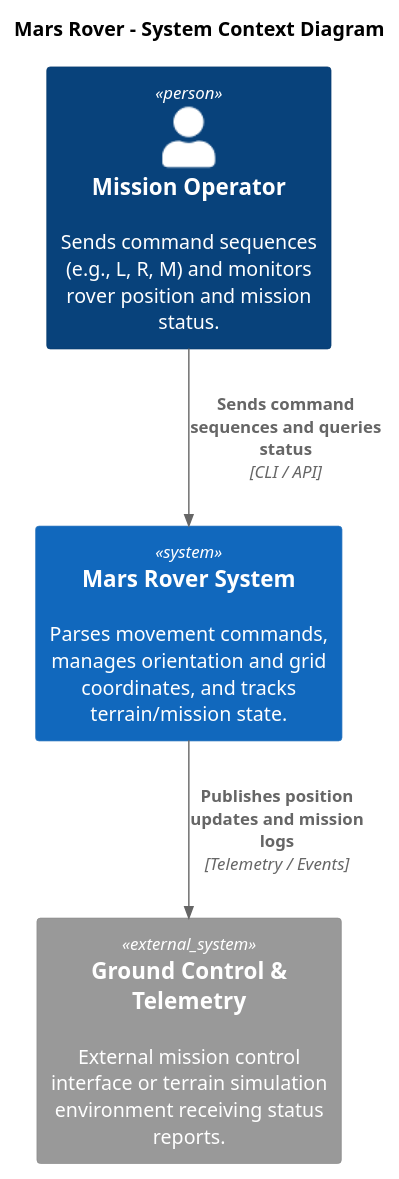
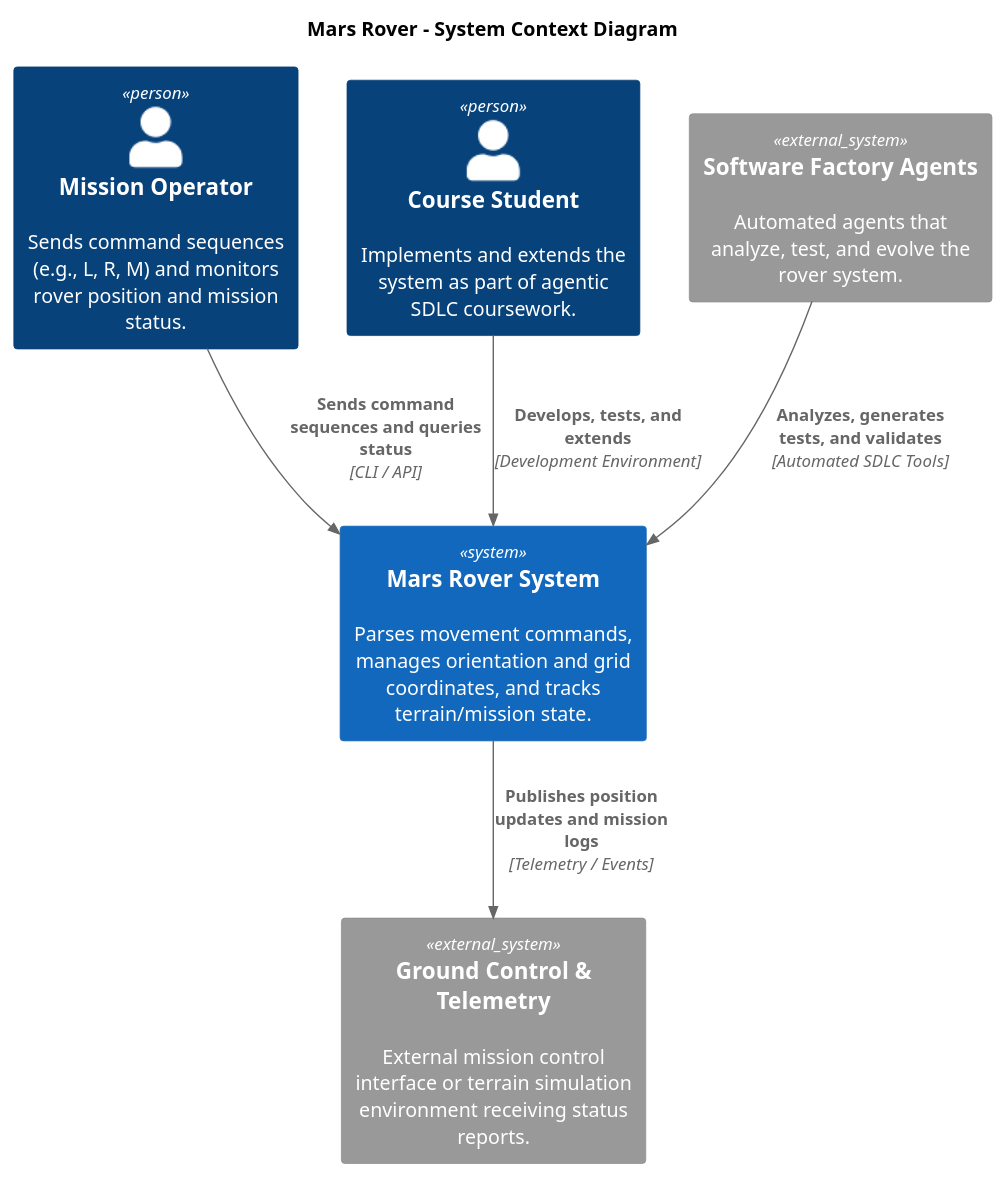
Before and after one commit to Tornado200/agentic-sdlc-nemanja-vucic: the diagram in architecture/diagrams/c4-context.puml, drawn with PlantUML. The commit also changed 6 other files, not shown here.

Commit message:
#4 docs(architecture): add chapters 1-3 and extend context diagram

```diff
--- a/architecture/diagrams/c4-context.puml
+++ b/architecture/diagrams/c4-context.puml
@@ -1,13 +1,17 @@
 @startuml c4-context
 !include https://raw.githubusercontent.com/plantuml-stdlib/C4-PlantUML/master/C4_Context.puml
 
 title Mars Rover - System Context Diagram
 
 Person(operator, "Mission Operator", "Sends command sequences (e.g., L, R, M) and monitors rover position and mission status.")
+Person(student, "Course Student", "Implements and extends the system as part of agentic SDLC coursework.")
 System(mars_rover, "Mars Rover System", "Parses movement commands, manages orientation and grid coordinates, and tracks terrain/mission state.")
 System_Ext(telemetry_sim, "Ground Control & Telemetry", "External mission control interface or terrain simulation environment receiving status reports.")
+System_Ext(software_factory, "Software Factory Agents", "Automated agents that analyze, test, and evolve the rover system.")
 
 Rel(operator, mars_rover, "Sends command sequences and queries status", "CLI / API")
 Rel(mars_rover, telemetry_sim, "Publishes position updates and mission logs", "Telemetry / Events")
+Rel(student, mars_rover, "Develops, tests, and extends", "Development Environment")
+Rel(software_factory, mars_rover, "Analyzes, generates tests, and validates", "Automated SDLC Tools")
 
 @enduml
```
